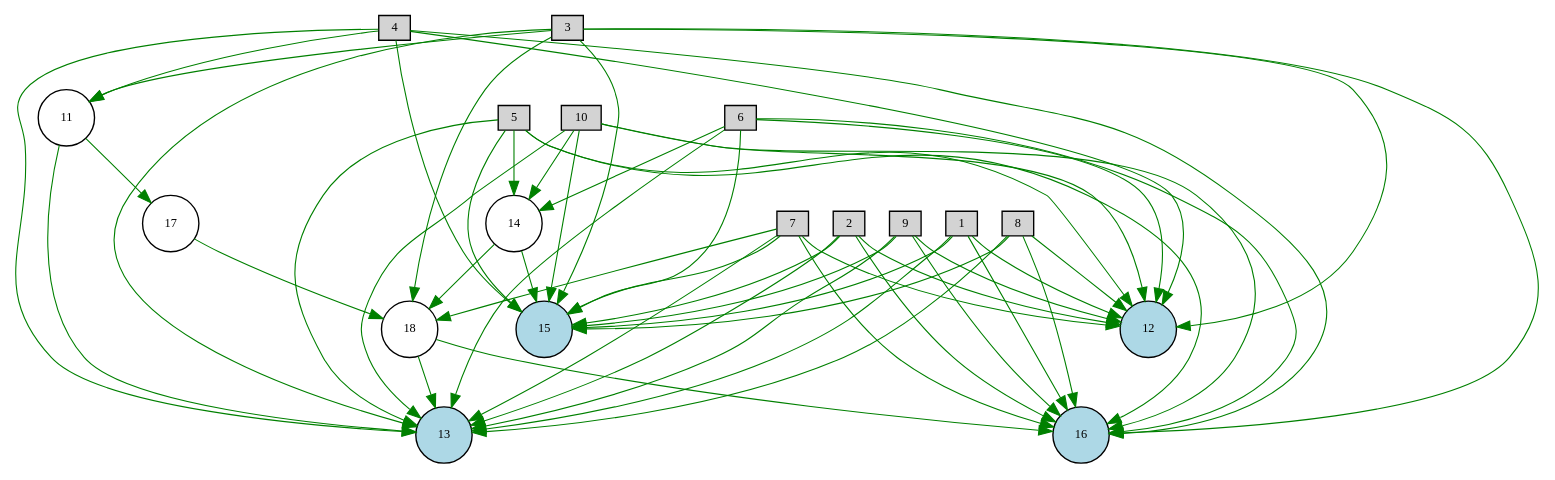
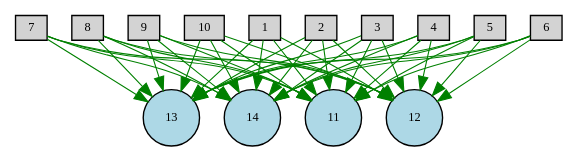
Before and after one commit to lodderwin/SNN_thesis: the diagram in NEAT_CMA_SNN_2D_FLIGHT/Digraph.gv, drawn with Graphviz. The commit also changed 22 other files, not shown here.

```diff
--- a/NEAT_CMA_SNN_2D_FLIGHT/Digraph.gv
+++ b/NEAT_CMA_SNN_2D_FLIGHT/Digraph.gv
@@ -1,75 +1,57 @@
 digraph {
 	node [fontsize=9 height=0.2 shape=circle width=0.2]
 	1 [fillcolor=lightgray shape=box style=filled]
 	2 [fillcolor=lightgray shape=box style=filled]
 	3 [fillcolor=lightgray shape=box style=filled]
 	4 [fillcolor=lightgray shape=box style=filled]
 	5 [fillcolor=lightgray shape=box style=filled]
 	6 [fillcolor=lightgray shape=box style=filled]
 	7 [fillcolor=lightgray shape=box style=filled]
 	8 [fillcolor=lightgray shape=box style=filled]
 	9 [fillcolor=lightgray shape=box style=filled]
 	10 [fillcolor=lightgray shape=box style=filled]
-	16 [fillcolor=lightblue style=filled]
+	11 [fillcolor=lightblue style=filled]
 	12 [fillcolor=lightblue style=filled]
 	13 [fillcolor=lightblue style=filled]
-	15 [fillcolor=lightblue style=filled]
-	11 [fillcolor=white style=filled]
-	14 [fillcolor=white style=filled]
-	17 [fillcolor=white style=filled]
-	18 [fillcolor=white style=filled]
-	1 -> 16 [color=green penwidth=0.8 style=solid]
+	14 [fillcolor=lightblue style=filled]
+	1 -> 11 [color=green penwidth=0.8 style=solid]
 	1 -> 12 [color=green penwidth=0.8 style=solid]
 	1 -> 13 [color=green penwidth=0.8 style=solid]
-	1 -> 15 [color=green penwidth=0.8 style=solid]
-	2 -> 16 [color=green penwidth=0.8 style=solid]
+	1 -> 14 [color=green penwidth=0.8 style=solid]
+	2 -> 11 [color=green penwidth=0.8 style=solid]
 	2 -> 12 [color=green penwidth=0.8 style=solid]
 	2 -> 13 [color=green penwidth=0.8 style=solid]
-	2 -> 15 [color=green penwidth=0.8 style=solid]
-	3 -> 16 [color=green penwidth=0.8 style=solid]
+	2 -> 14 [color=green penwidth=0.8 style=solid]
+	3 -> 11 [color=green penwidth=0.8 style=solid]
 	3 -> 12 [color=green penwidth=0.8 style=solid]
 	3 -> 13 [color=green penwidth=0.8 style=solid]
-	3 -> 15 [color=green penwidth=0.8 style=solid]
-	4 -> 16 [color=green penwidth=0.8 style=solid]
+	3 -> 14 [color=green penwidth=0.8 style=solid]
+	4 -> 11 [color=green penwidth=0.8 style=solid]
 	4 -> 12 [color=green penwidth=0.8 style=solid]
 	4 -> 13 [color=green penwidth=0.8 style=solid]
-	4 -> 15 [color=green penwidth=0.8 style=solid]
-	5 -> 16 [color=green penwidth=0.8 style=solid]
+	4 -> 14 [color=green penwidth=0.8 style=solid]
+	5 -> 11 [color=green penwidth=0.8 style=solid]
 	5 -> 12 [color=green penwidth=0.8 style=solid]
 	5 -> 13 [color=green penwidth=0.8 style=solid]
-	5 -> 15 [color=green penwidth=0.8 style=solid]
-	6 -> 16 [color=green penwidth=0.8 style=solid]
+	5 -> 14 [color=green penwidth=0.8 style=solid]
+	6 -> 11 [color=green penwidth=0.8 style=solid]
 	6 -> 12 [color=green penwidth=0.8 style=solid]
 	6 -> 13 [color=green penwidth=0.8 style=solid]
-	6 -> 15 [color=green penwidth=0.8 style=solid]
-	7 -> 16 [color=green penwidth=0.8 style=solid]
+	6 -> 14 [color=green penwidth=0.8 style=solid]
+	7 -> 11 [color=green penwidth=0.8 style=solid]
 	7 -> 12 [color=green penwidth=0.8 style=solid]
 	7 -> 13 [color=green penwidth=0.8 style=solid]
-	7 -> 15 [color=green penwidth=0.8 style=solid]
-	8 -> 16 [color=green penwidth=0.8 style=solid]
+	7 -> 14 [color=green penwidth=0.8 style=solid]
+	8 -> 11 [color=green penwidth=0.8 style=solid]
 	8 -> 12 [color=green penwidth=0.8 style=solid]
 	8 -> 13 [color=green penwidth=0.8 style=solid]
-	8 -> 15 [color=green penwidth=0.8 style=solid]
-	9 -> 16 [color=green penwidth=0.8 style=solid]
+	8 -> 14 [color=green penwidth=0.8 style=solid]
+	9 -> 11 [color=green penwidth=0.8 style=solid]
 	9 -> 12 [color=green penwidth=0.8 style=solid]
 	9 -> 13 [color=green penwidth=0.8 style=solid]
-	9 -> 15 [color=green penwidth=0.8 style=solid]
-	10 -> 16 [color=green penwidth=0.8 style=solid]
+	9 -> 14 [color=green penwidth=0.8 style=solid]
+	10 -> 11 [color=green penwidth=0.8 style=solid]
 	10 -> 12 [color=green penwidth=0.8 style=solid]
 	10 -> 13 [color=green penwidth=0.8 style=solid]
-	10 -> 15 [color=green penwidth=0.8 style=solid]
 	10 -> 14 [color=green penwidth=0.8 style=solid]
-	14 -> 15 [color=green penwidth=0.8 style=solid]
-	3 -> 18 [color=green penwidth=0.8 style=solid]
-	18 -> 16 [color=green penwidth=0.8 style=solid]
-	3 -> 11 [color=green penwidth=0.8 style=solid]
-	11 -> 13 [color=green penwidth=0.8 style=solid]
-	18 -> 13 [color=green penwidth=0.8 style=solid]
-	14 -> 18 [color=green penwidth=0.8 style=solid]
-	7 -> 18 [color=green penwidth=0.8 style=solid]
-	5 -> 14 [color=green penwidth=0.8 style=solid]
-	4 -> 11 [color=green penwidth=0.8 style=solid]
-	6 -> 14 [color=green penwidth=0.8 style=solid]
-	11 -> 17 [color=green penwidth=0.8 style=solid]
-	17 -> 18 [color=green penwidth=0.8 style=solid]
 }
```
